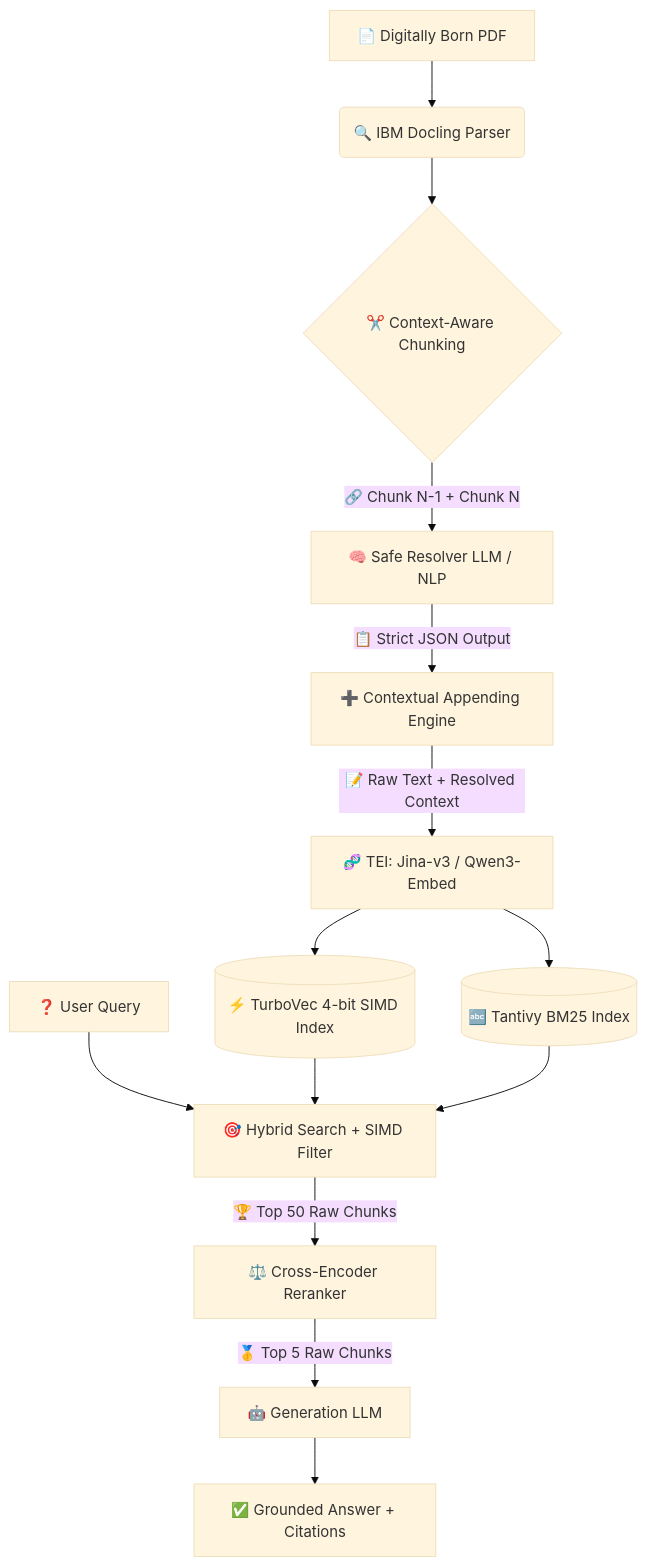
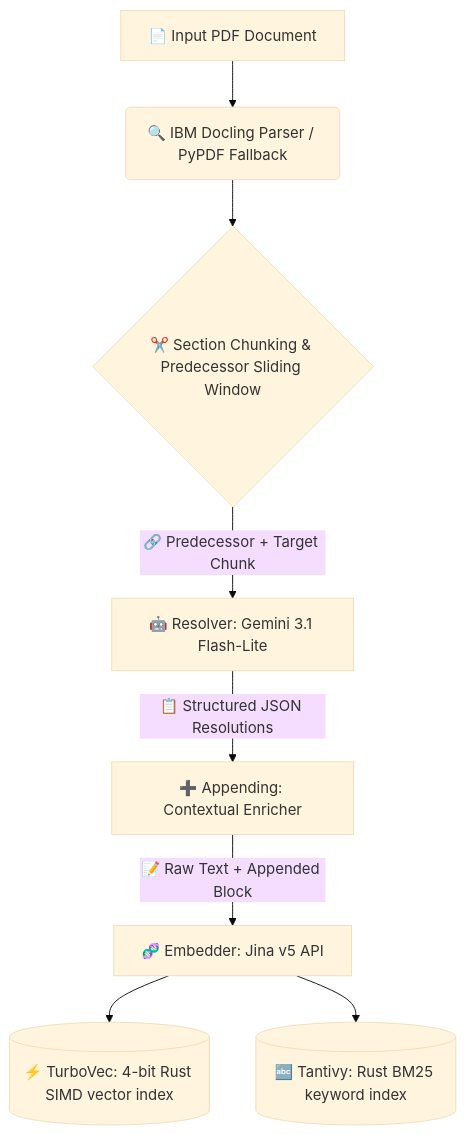
One commit to kvcops/ReferentWeave changed the first of 2 diagrams in README.md. Above: the diagram before and after it, drawn with Mermaid (base theme). The commit also changed other lines of this file and 18 other files, not shown here.

````diff
--- a/README.md
+++ b/README.md
@@ -34,17 +58,10 @@
 ```mermaid
 graph TD
-    A["📄 Digitally Born PDF"] --> B("🔍 IBM Docling Parser")
-    B --> C{"✂️ Context-Aware Chunking"}
-    C -->|"🔗 Chunk N-1 + Chunk N"| D["🧠 Safe Resolver LLM / NLP"]
-    D -->|"📋 Strict JSON Output"| E["➕ Contextual Appending Engine"]
-    E -->|"📝 Raw Text + Resolved Context"| F["🧬 TEI: Jina-v3 / Qwen3-Embed"]
-    F --> G[("⚡ TurboVec 4-bit SIMD Index")]
-    F --> H[("🔤 Tantivy BM25 Index")]
-    
-    I["❓ User Query"] --> J["🎯 Hybrid Search + SIMD Filter"]
-    G --> J
-    H --> J
-    J -->|"🏆 Top 50 Raw Chunks"| K["⚖️ Cross-Encoder Reranker"]
-    K -->|"🥇 Top 5 Raw Chunks"| L["🤖 Generation LLM"]
-    L --> M["✅ Grounded Answer + Citations"]
+    A["📄 Input PDF Document"] --> B("🔍 IBM Docling Parser / PyPDF Fallback")
+    B --> C{"✂️ Section Chunking & Predecessor Sliding Window"}
+    C -->|"🔗 Predecessor + Target Chunk"| D["🤖 Resolver: Gemini 3.1 Flash-Lite"]
+    D -->|"📋 Structured JSON Resolutions"| E["➕ Appending: Contextual Enricher"]
+    E -->|"📝 Raw Text + Appended Block"| F["🧬 Embedder: Jina v5 API"]
+    F --> G[("⚡ TurboVec: 4-bit Rust SIMD vector index")]
+    F --> H[("🔤 Tantivy: Rust BM25 keyword index")]
 ```
````
